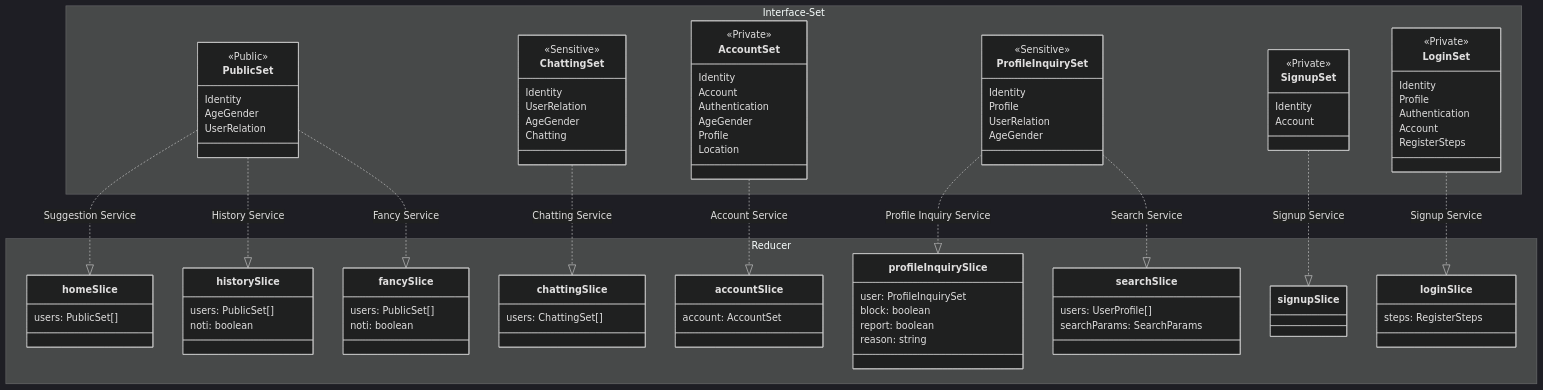
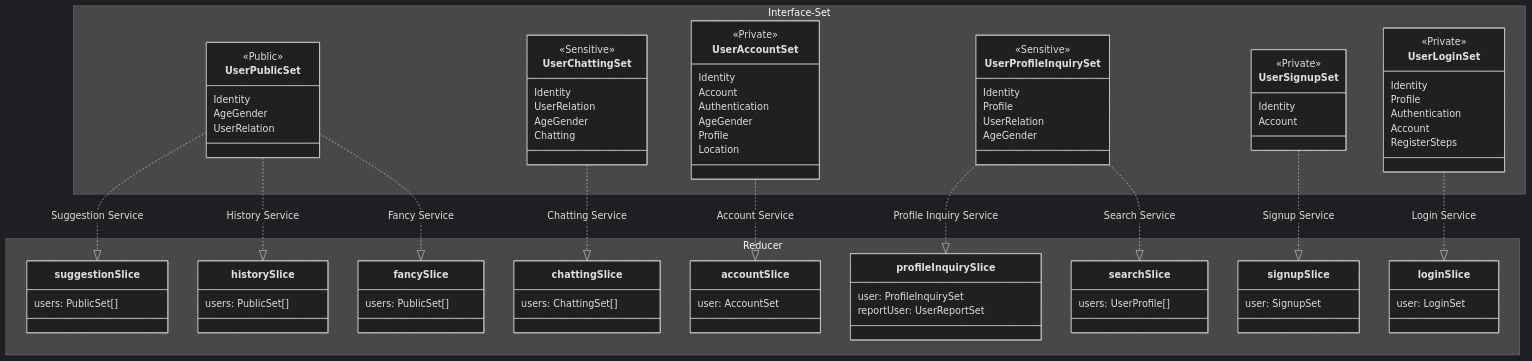
Before and after one commit to 42Seoul-Tea42/frontend: the second of 2 diagrams in app/redux/README.md, drawn with Mermaid (dark theme). The commit also changed other lines of this file and 10 other files, not shown here.

````diff
--- a/app/redux/README.md
+++ b/app/redux/README.md
@@ -141,14 +139,14 @@
 
 namespace Interface-Set {
 
-    class PublicSet {
+    class UserPublicSet {
         <<Public>>
         Identity
         AgeGender
         UserRelation
     }
 
-    class ChattingSet {
+    class UserChattingSet {
         <<Sensitive>>
         Identity
         UserRelation
@@ -156,7 +154,7 @@
         Chatting
     }
 
-    class AccountSet {
+    class UserAccountSet {
         <<Private>>
         Identity
         Account
@@ -166,7 +164,7 @@
         Location
     }
 
-    class ProfileInquirySet {
+    class UserProfileInquirySet {
         <<Sensitive>>
         Identity
         Profile
@@ -174,13 +172,13 @@
         AgeGender
     }
 
-    class SignupSet {
+    class UserSignupSet {
         <<Private>>
         Identity
         Account
     }
 
-    class LoginSet {
+    class UserLoginSet {
         <<Private>>
         Identity
         Profile
@@ -190,30 +188,28 @@
     }
 }
 
-PublicSet ..|> homeSlice : Suggestion Service
-PublicSet ..|> historySlice : History Service
-PublicSet ..|> fancySlice : Fancy Service
-ChattingSet ..|> chattingSlice : Chatting Service
-AccountSet ..|> accountSlice : Account Service
-ProfileInquirySet ..|> profileInquirySlice : Profile Inquiry Service
-ProfileInquirySet ..|> searchSlice : Search Service
-SignupSet ..|> signupSlice : Signup Service
-LoginSet ..|> loginSlice : Signup Service
+UserPublicSet ..|> suggestionSlice : Suggestion Service
+UserPublicSet ..|> historySlice : History Service
+UserPublicSet ..|> fancySlice : Fancy Service
+UserChattingSet ..|> chattingSlice : Chatting Service
+UserAccountSet ..|> accountSlice : Account Service
+UserProfileInquirySet ..|> profileInquirySlice : Profile Inquiry Service
+UserProfileInquirySet ..|> searchSlice : Search Service
+UserSignupSet ..|> signupSlice : Signup Service
+UserLoginSet ..|> loginSlice : Login Service
 
 namespace Reducer {
 
-    class homeSlice {
+    class suggestionSlice {
         users: PublicSet[]
     }
 
     class fancySlice {
         users: PublicSet[]
-        noti: boolean
     }
 
     class historySlice {
         users: PublicSet[]
-        noti: boolean
     }
 
     class chattingSlice {
@@ -222,25 +218,24 @@
 
     class profileInquirySlice {
         user: ProfileInquirySet
-        block: boolean
-        report: boolean
-        reason: string
+        reportUser: UserReportSet
     }
 
     class accountSlice {
-        account: AccountSet
+        user: AccountSet
     }
 
     class searchSlice {
         users: UserProfile[]
-        searchParams: SearchParams
     }
 
     class signupSlice {
+        user: SignupSet
     }
 
     class loginSlice {
-        steps: RegisterSteps
+        user: LoginSet
     }
 }
+
 ```
````
